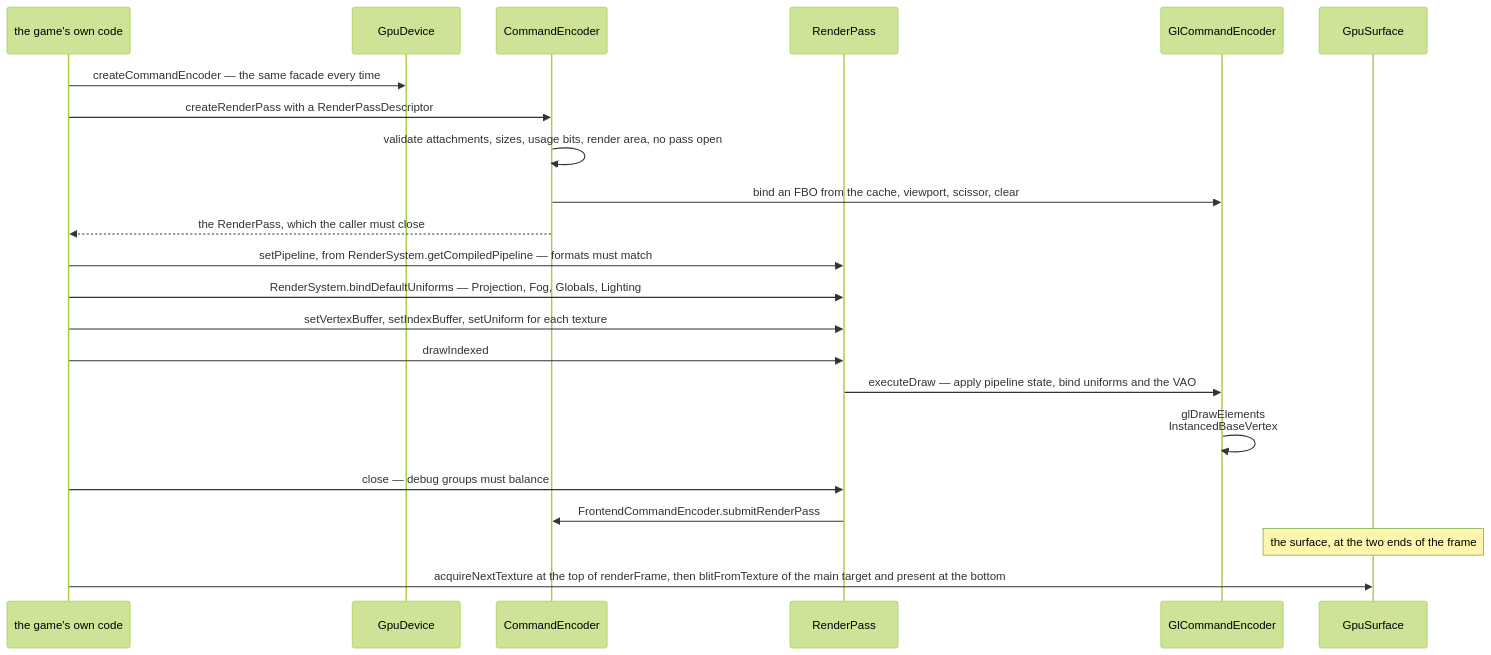
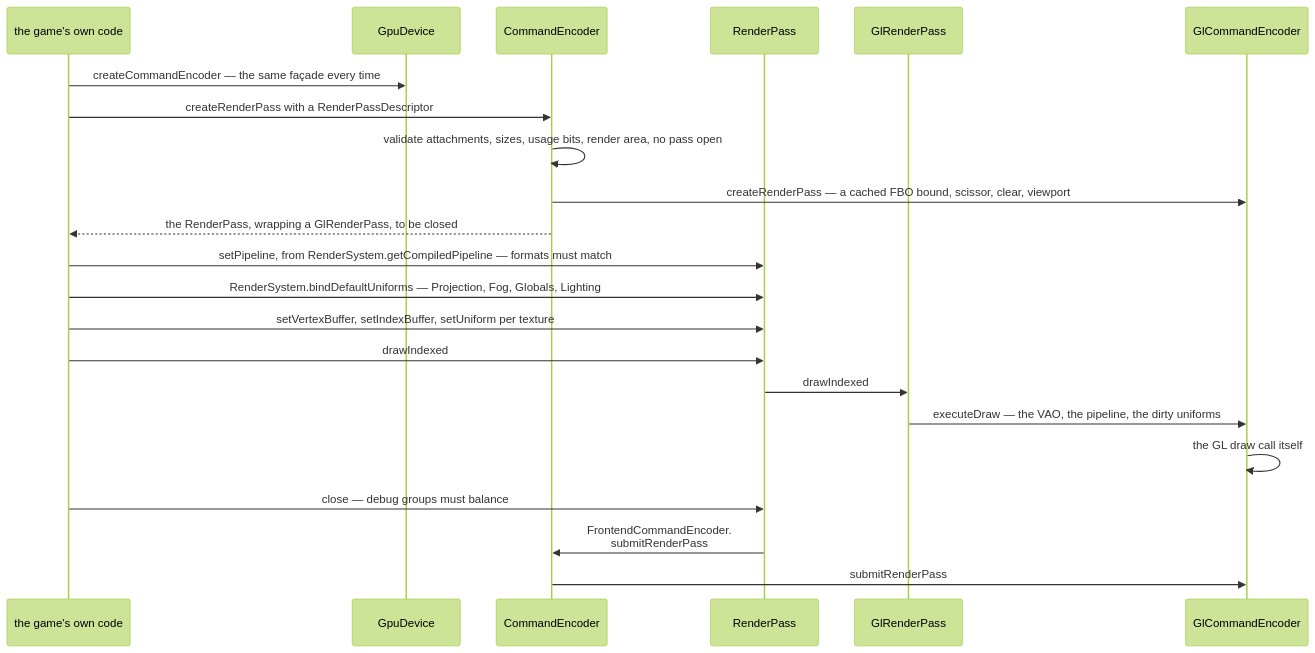
One commit to AlexanderjFraser/MinecraftDocs changed the second of 2 diagrams in src/systems/rendering/blaze3d.md. Above: the diagram before and after it, drawn with Mermaid (forest theme). The commit also changed other lines of this file and 18 other files, not shown here.

````diff
--- a/src/systems/rendering/blaze3d.md
+++ b/src/systems/rendering/blaze3d.md
@@ -307,25 +309,25 @@
 ```mermaid
 sequenceDiagram
     participant Game as the game's own code
     participant GD as GpuDevice
     participant CE as CommandEncoder
     participant RP as RenderPass
+    participant GlRP as GlRenderPass
     participant GlCE as GlCommandEncoder
-    participant GpuS as GpuSurface
 
-    Game->>GD: createCommandEncoder — the same facade every time
+    Game->>GD: createCommandEncoder — the same façade every time
     Game->>CE: createRenderPass with a RenderPassDescriptor
     CE->>CE: validate attachments, sizes, usage bits, render area, no pass open
-    CE->>GlCE: bind an FBO from the cache, viewport, scissor, clear
-    CE-->>Game: the RenderPass, which the caller must close
+    CE->>GlCE: createRenderPass — a cached FBO bound, scissor, clear, viewport
+    CE-->>Game: the RenderPass, wrapping a GlRenderPass, to be closed
     Game->>RP: setPipeline, from RenderSystem.getCompiledPipeline — formats must match
     Game->>RP: RenderSystem.bindDefaultUniforms — Projection, Fog, Globals, Lighting
-    Game->>RP: setVertexBuffer, setIndexBuffer, setUniform for each texture
+    Game->>RP: setVertexBuffer, setIndexBuffer, setUniform per texture
     Game->>RP: drawIndexed
-    RP->>GlCE: executeDraw — apply pipeline state, bind uniforms and the VAO
-    GlCE->>GlCE: glDrawElements<br/>InstancedBaseVertex
+    RP->>GlRP: drawIndexed
+    GlRP->>GlCE: executeDraw — the VAO, the pipeline, the dirty uniforms
+    GlCE->>GlCE: the GL draw call itself
     Game->>RP: close — debug groups must balance
-    RP->>CE: FrontendCommandEncoder.submitRenderPass
-    Note over GpuS: the surface, at the two ends of the frame
-    Game->>GpuS: acquireNextTexture at the top of renderFrame, then blitFromTexture of the main target and present at the bottom
+    RP->>CE: FrontendCommandEncoder.<br/>submitRenderPass
+    CE->>GlCE: submitRenderPass
 ```
````
